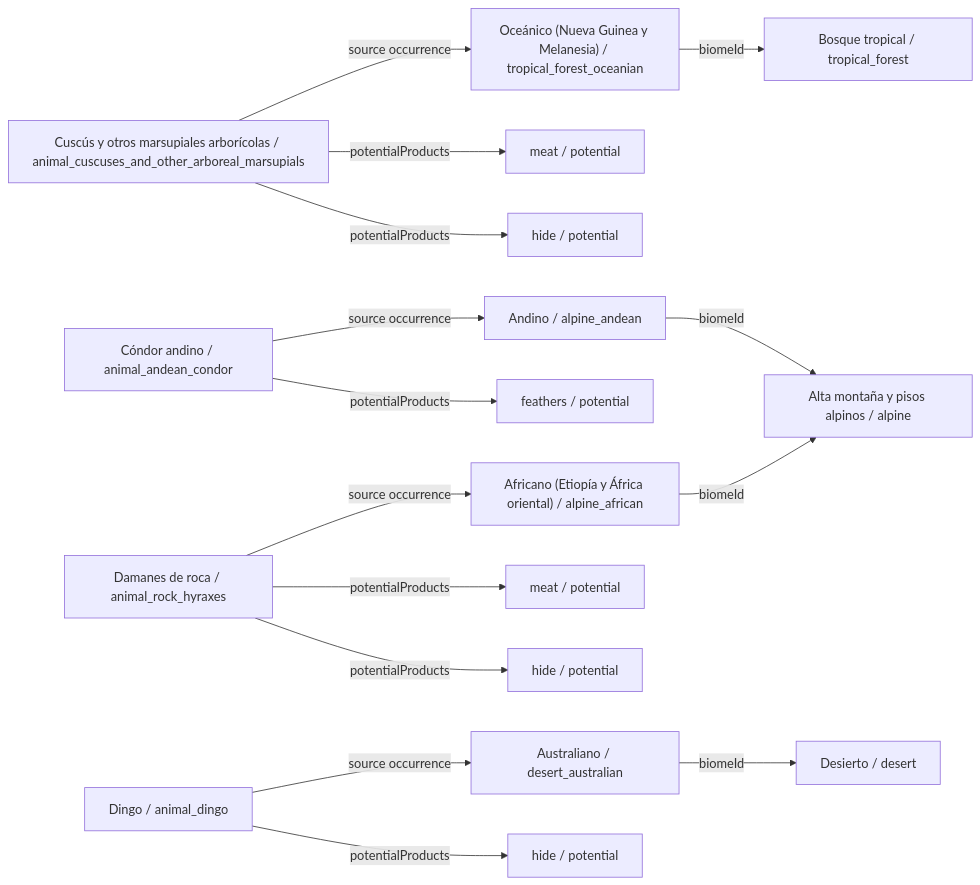
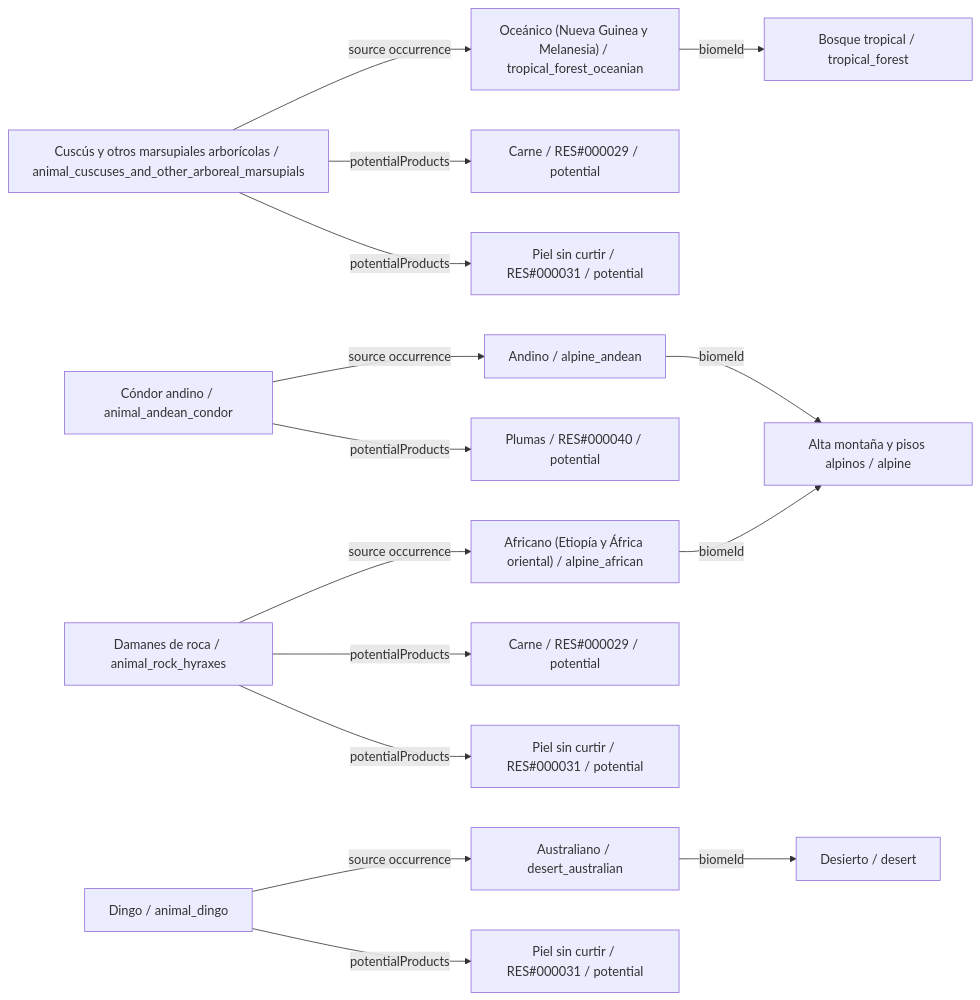
One commit to fgabo404/EvolveDoc changed the tenth of 34 diagrams in data/animals/DIAGRAMS.es.md. Above: the diagram before and after it, drawn with Mermaid. The commit also changed other lines of this file and 50 other files, not shown here.

````diff
--- a/data/animals/DIAGRAMS.es.md
+++ b/data/animals/DIAGRAMS.es.md
@@ -537,34 +537,34 @@
 ```mermaid
 flowchart LR
     c0["Cuscús y otros marsupiales arborícolas / animal_cuscuses_and_other_arboreal_marsupials"]
     v3["Oceánico (Nueva Guinea y Melanesia) / tropical_forest_oceanian"]
     b0["Bosque tropical / tropical_forest"]
-    o0_0["meat / potential"]
-    o0_1["hide / potential"]
+    o0_0["Carne / RES#000029 / potential"]
+    o0_1["Piel sin curtir / RES#000031 / potential"]
     c1["Cóndor andino / animal_andean_condor"]
     v23["Andino / alpine_andean"]
     b6["Alta montaña y pisos alpinos / alpine"]
-    o1_0["feathers / potential"]
+    o1_0["Plumas / RES#000040 / potential"]
     c2["Damanes de roca / animal_rock_hyraxes"]
     v26["Africano (Etiopía y África oriental) / alpine_african"]
-    o2_0["meat / potential"]
-    o2_1["hide / potential"]
+    o2_0["Carne / RES#000029 / potential"]
+    o2_1["Piel sin curtir / RES#000031 / potential"]
     c3["Dingo / animal_dingo"]
     v18["Australiano / desert_australian"]
     b4["Desierto / desert"]
-    o3_0["hide / potential"]
+    o3_0["Piel sin curtir / RES#000031 / potential"]
     c0 -->|potentialProducts| o0_0
     c0 -->|potentialProducts| o0_1
     c0 -->|source occurrence| v3
     c1 -->|potentialProducts| o1_0
     c1 -->|source occurrence| v23
     c2 -->|potentialProducts| o2_0
     c2 -->|potentialProducts| o2_1
     c2 -->|source occurrence| v26
     c3 -->|potentialProducts| o3_0
     c3 -->|source occurrence| v18
     v18 -->|biomeId| b4
     v23 -->|biomeId| b6
     v26 -->|biomeId| b6
     v3 -->|biomeId| b0
 ```
````
